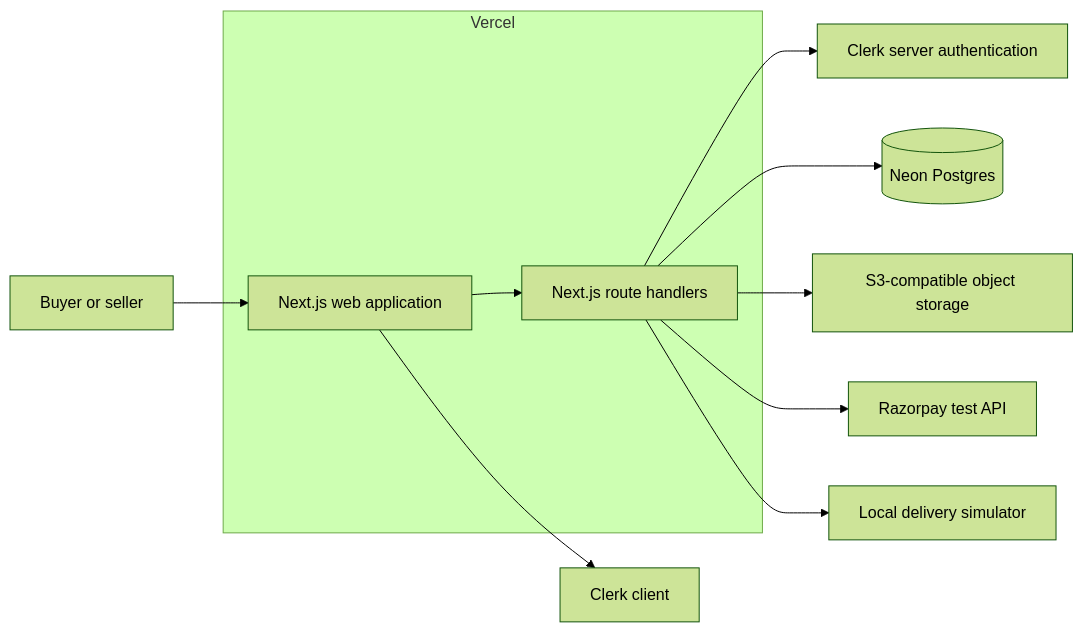
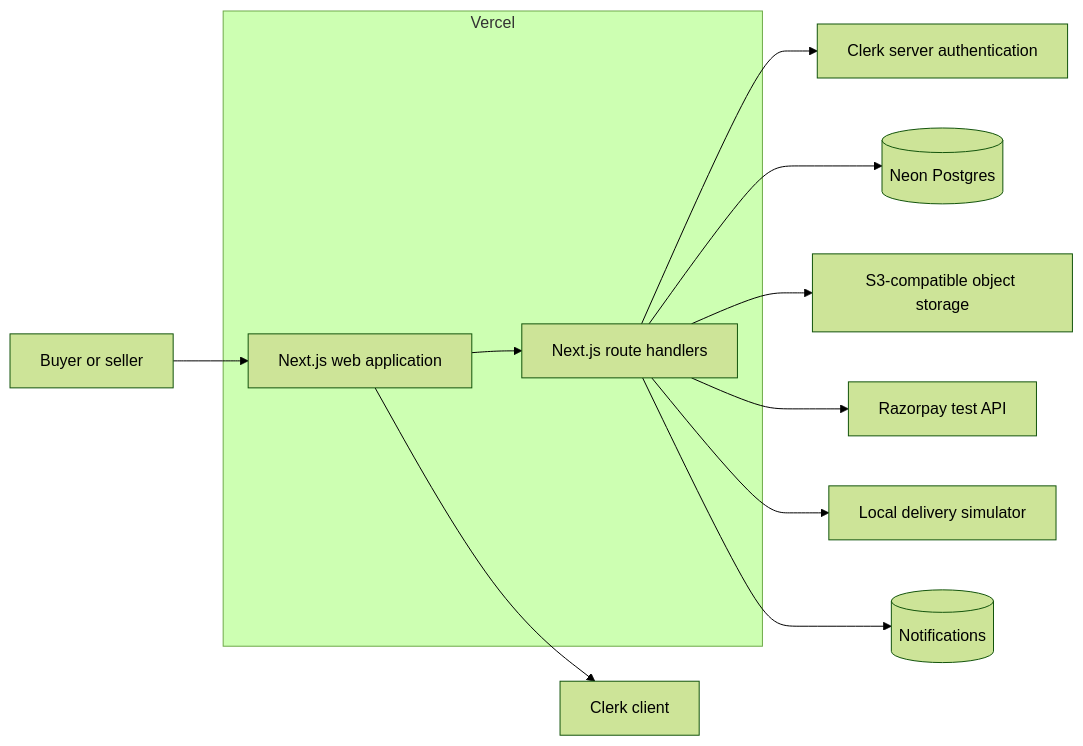
One commit to mhrj7/HookRelay changed the first of 16 diagrams in README.md. Above: the diagram before and after it, drawn with Mermaid (forest theme). The commit also changed other lines of this file and 14 other files, not shown here.

````diff
--- a/README.md
+++ b/README.md
@@ -31,16 +32,17 @@
 ```mermaid
 flowchart LR
   U[Buyer or seller] --> W[Next.js web application]
   W --> A[Next.js route handlers]
   W --> C[Clerk client]
   A --> C2[Clerk server authentication]
   A --> D[(Neon Postgres)]
   A --> B[S3-compatible object storage]
   A --> R[Razorpay test API]
   A --> S[Local delivery simulator]
+  A --> N[(Notifications)]
 
   subgraph Vercel
     W
     A
   end
 ```
````
